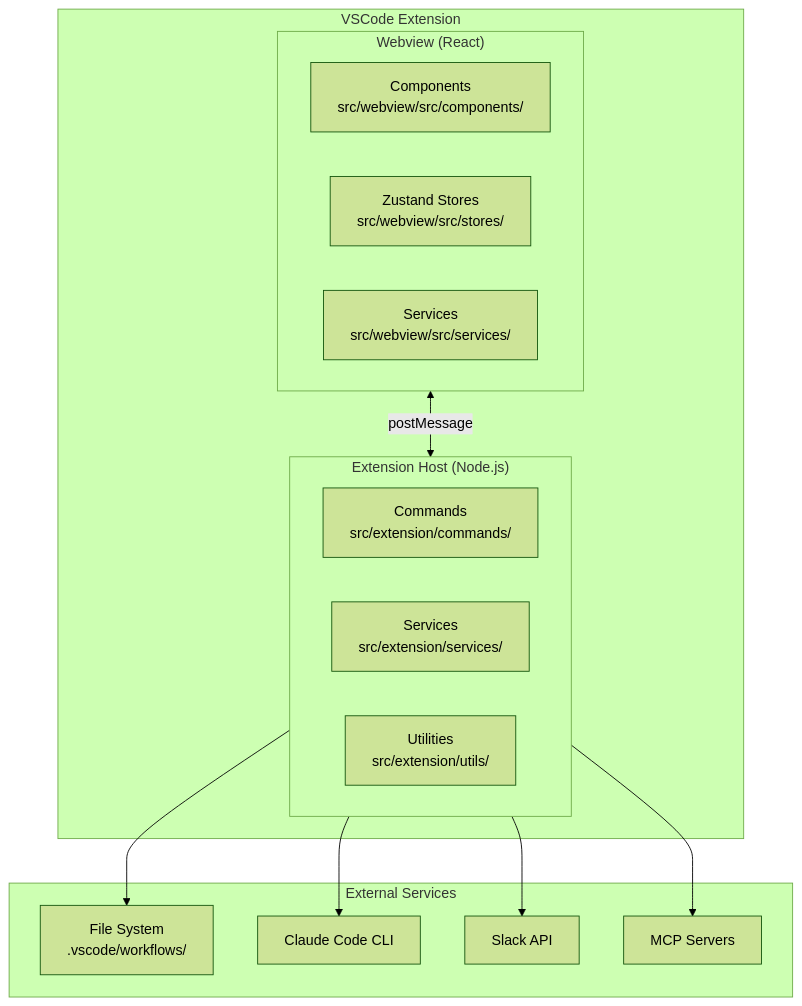
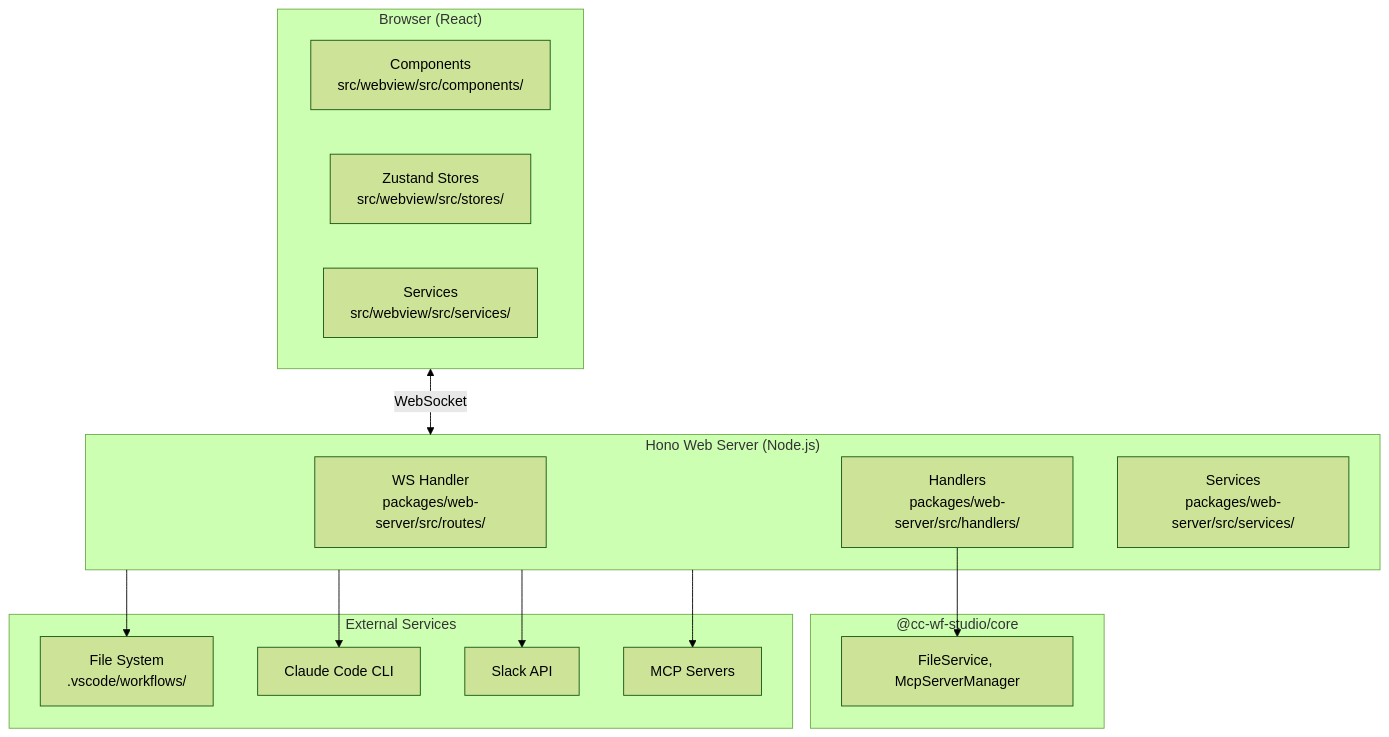
The second of 6 diagrams in CLAUDE.md (breaking-brake/cc-wf-studio), drawn with Mermaid (forest theme) before and after one commit. The commit also changed other lines of this file and 123 other files, not shown here.

First line of the commit message:
feat: migrate from VSCode extension to standalone web app

````diff
--- a/CLAUDE.md
+++ b/CLAUDE.md
@@ -242,27 +245,29 @@
 ```mermaid
 flowchart TB
-    subgraph VSCode["VSCode Extension"]
-        subgraph ExtHost["Extension Host (Node.js)"]
-            Commands["Commands<br/>src/extension/commands/"]
-            Services["Services<br/>src/extension/services/"]
-            Utils["Utilities<br/>src/extension/utils/"]
-        end
-        subgraph Webview["Webview (React)"]
-            Components["Components<br/>src/webview/src/components/"]
-            Stores["Zustand Stores<br/>src/webview/src/stores/"]
-            WVServices["Services<br/>src/webview/src/services/"]
-        end
+    subgraph Browser["Browser (React)"]
+        Components["Components<br/>src/webview/src/components/"]
+        Stores["Zustand Stores<br/>src/webview/src/stores/"]
+        WVServices["Services<br/>src/webview/src/services/"]
+    end
+    subgraph Server["Hono Web Server (Node.js)"]
+        WSHandler["WS Handler<br/>packages/web-server/src/routes/"]
+        Handlers["Handlers<br/>packages/web-server/src/handlers/"]
+        Services["Services<br/>packages/web-server/src/services/"]
+    end
+    subgraph Core["@cc-wf-studio/core"]
+        CoreServices["FileService, McpServerManager"]
     end
     subgraph External["External Services"]
         FS["File System<br/>.vscode/workflows/"]
         CLI["Claude Code CLI"]
         Slack["Slack API"]
         MCP["MCP Servers"]
     end
 
-    Webview <-->|postMessage| ExtHost
-    ExtHost --> FS
-    ExtHost --> CLI
-    ExtHost --> Slack
-    ExtHost --> MCP
+    Browser <-->|WebSocket| Server
+    Handlers --> CoreServices
+    Server --> FS
+    Server --> CLI
+    Server --> Slack
+    Server --> MCP
 ```
````
